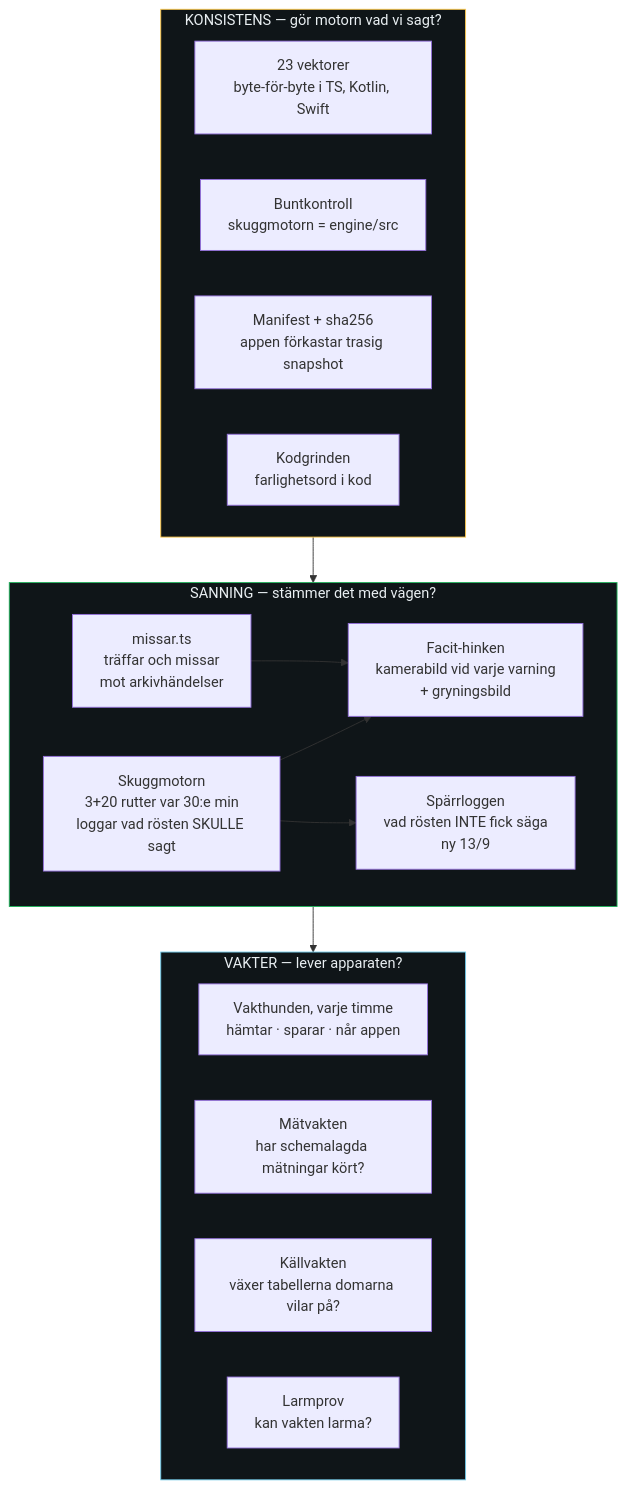
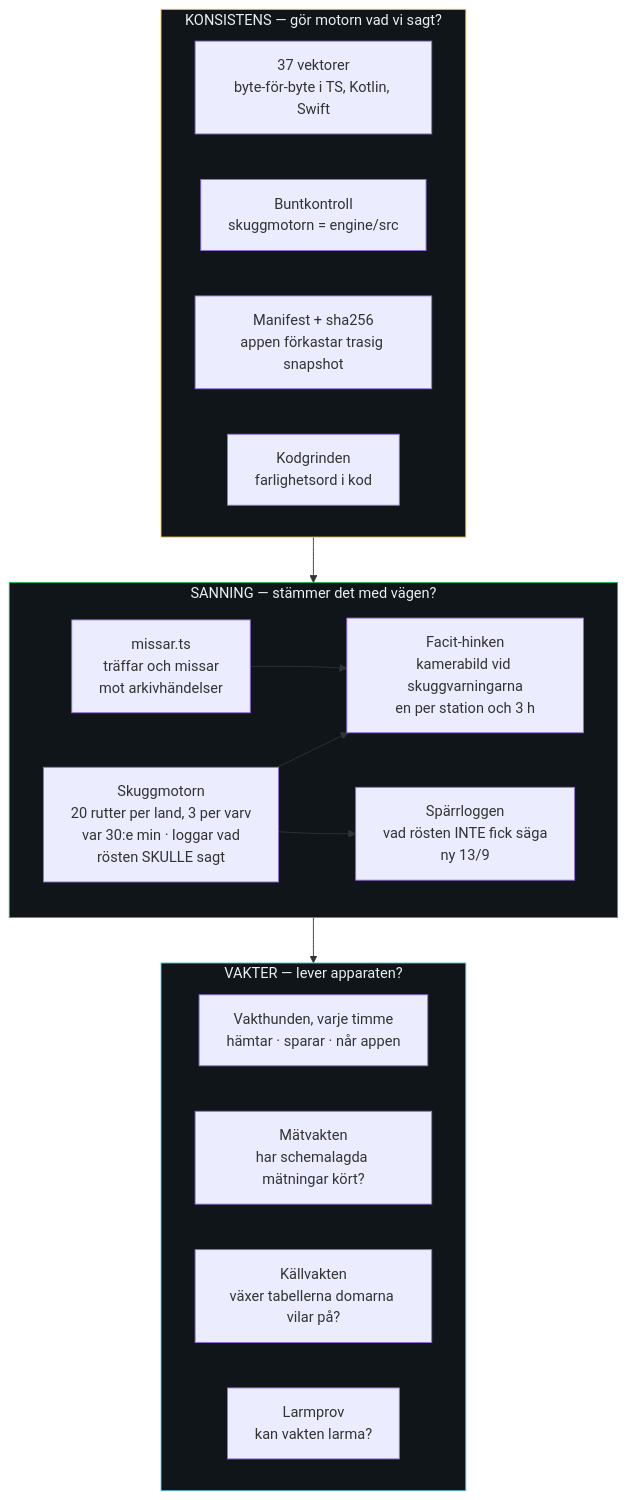
The fourth of 4 diagrams in docs/PRODUKTBOK.md (Axelstar/Halkvakt), drawn with Mermaid before and after one commit. The commit also changed other lines of this file and 6 other files, not shown here.

````diff
--- a/docs/PRODUKTBOK.md
+++ b/docs/PRODUKTBOK.md
@@ -293,29 +301,29 @@
 ```mermaid
 flowchart TB
     subgraph K[KONSISTENS — gör motorn vad vi sagt?]
-        V[23 vektorer<br/>byte-för-byte i TS, Kotlin, Swift]
+        V[37 vektorer<br/>byte-för-byte i TS, Kotlin, Swift]
         B[Buntkontroll<br/>skuggmotorn = engine/src]
         MS[Manifest + sha256<br/>appen förkastar trasig snapshot]
         KG[Kodgrinden<br/>farlighetsord i kod]
     end
     subgraph S[SANNING — stämmer det med vägen?]
-        SM[Skuggmotorn<br/>3+20 rutter var 30:e min<br/>loggar vad rösten SKULLE sagt]
-        FH[Facit-hinken<br/>kamerabild vid varje varning<br/>+ gryningsbild]
+        SM[Skuggmotorn<br/>20 rutter per land, 3 per varv<br/>var 30:e min · loggar vad<br/>rösten SKULLE sagt]
+        FH[Facit-hinken<br/>kamerabild vid skuggvarningarna<br/>en per station och 3 h]
         MI[missar.ts<br/>träffar och missar<br/>mot arkivhändelser]
         SU[Spärrloggen<br/>vad rösten INTE fick säga<br/>ny 13/9]
     end
     subgraph V2[VAKTER — lever apparaten?]
         VH[Vakthunden, varje timme<br/>hämtar · sparar · når appen]
         MV[Mätvakten<br/>har schemalagda mätningar kört?]
         KV[Källvakten<br/>växer tabellerna domarna vilar på?]
         LP[Larmprov<br/>kan vakten larma?]
     end
     K --> S
     S --> V2
     SM --> FH
     SM --> SU
     MI --> FH
     style K fill:#0F1518,color:#E9EFF2,stroke:#FFC94A
     style S fill:#0F1518,color:#E9EFF2,stroke:#1FB25A
     style V2 fill:#0F1518,color:#E9EFF2,stroke:#6EC9E8
 ```
````
